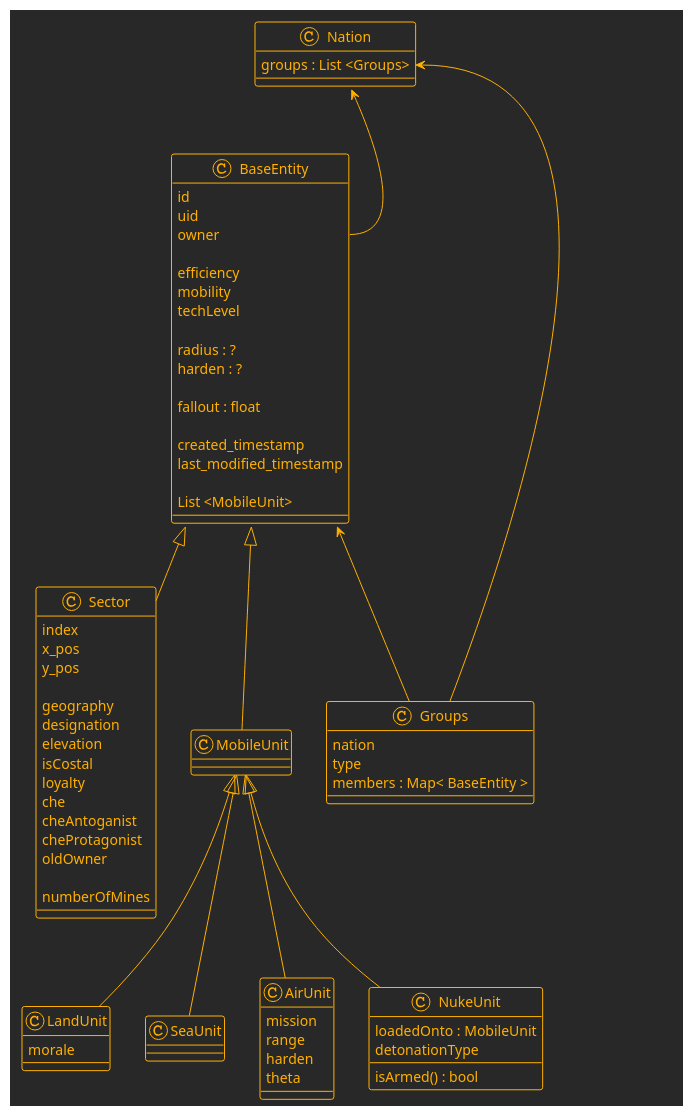
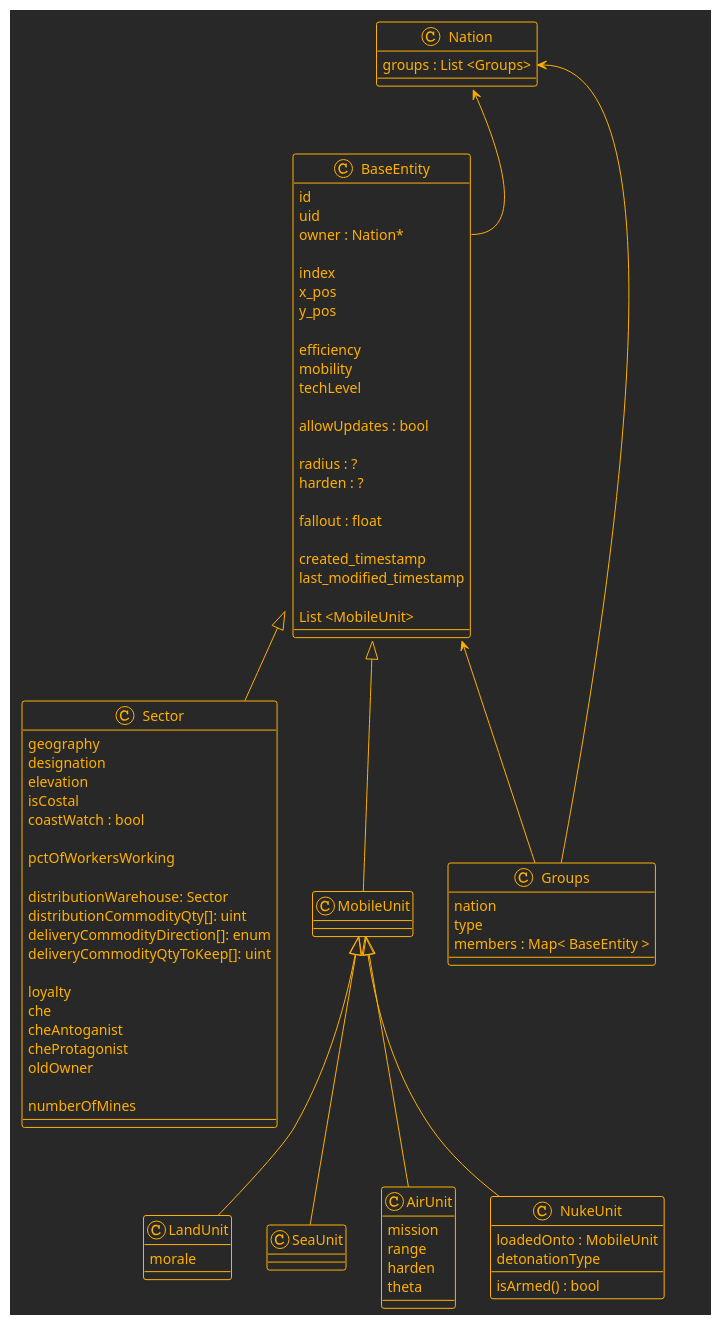
Before and after one commit to marknelsonengineer/empire: the eighth of 13 diagrams in API_DESIGN.md, drawn with PlantUML. The commit also changed other lines of this file and 3 other files, not shown here.

```diff
--- a/API_DESIGN.md
+++ b/API_DESIGN.md
@@ -428,11 +465,17 @@
 class BaseEntity {
 id
 uid
-owner
+owner : Nation*
+
+index
+x_pos
+y_pos
 
 efficiency
 mobility
 techLevel
+
+allowUpdates : bool
 
 radius : ?
 harden : ?
@@ -446,14 +489,19 @@
 }
 
 class Sector {
-  index
-  x_pos
-  y_pos
-
   geography
   designation
   elevation
   isCostal
+  coastWatch : bool
+
+  pctOfWorkersWorking
+
+  distributionWarehouse: Sector
+  distributionCommodityQty[]: uint
+  deliveryCommodityDirection[]: enum
+  deliveryCommodityQtyToKeep[]: uint
+
   loyalty
   che
   cheAntoganist
```
